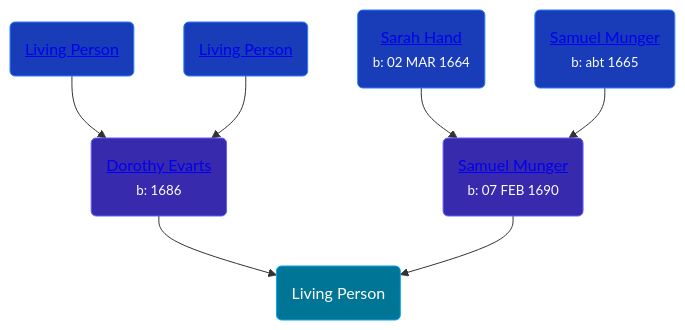
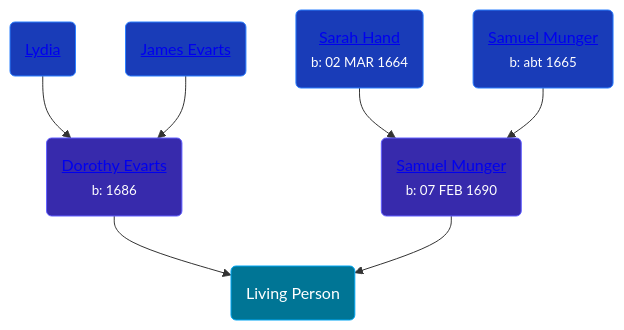
Before and after one commit to wpmgotkh/wpmgotkh.github.io: the diagram in pages/people/7/79164696.md, drawn with Mermaid. The commit also changed 586 other files, not shown here.

Commit message:
feat: better shouldConsiderPersonLiving algo

````diff
--- a/pages/people/7/79164696.md
+++ b/pages/people/7/79164696.md
@@ -10,13 +10,13 @@
 ```mermaid
 graph
 classDef grands fill:#193cb8,stroke:#2b7fff,stroke-width:1px,color:#fff;
 classDef parents fill:#372aac,stroke:#615fff,stroke-width:1px,color:#fff;
 classDef primary fill:#007595,stroke:#00a6f4,stroke-width:1px,color:#fff;
 79164696(Living Person):::primary
 59501816(<a class="text-white" href="/people/5/59501816">Dorothy Evarts</a><br /><small>b: 1686</small>):::parents-->79164696
-35247110(<a class="text-white" href="/people/3/35247110">Living Person</a>):::grands-->59501816
-86538784(<a class="text-white" href="/people/8/86538784">Living Person</a>):::grands-->59501816
+35247110(<a class="text-white" href="/people/3/35247110">Lydia </a>):::grands-->59501816
+86538784(<a class="text-white" href="/people/8/86538784">James Evarts</a>):::grands-->59501816
 64239804(<a class="text-white" href="/people/6/64239804">Samuel Munger</a><br /><small>b: 07 FEB 1690</small>):::parents-->79164696
 75255100(<a class="text-white" href="/people/7/75255100">Sarah Hand</a><br /><small>b: 02 MAR 1664</small>):::grands-->64239804
 57362828(<a class="text-white" href="/people/5/57362828">Samuel Munger</a><br /><small>b: abt 1665</small>):::grands-->64239804
 ```
````
